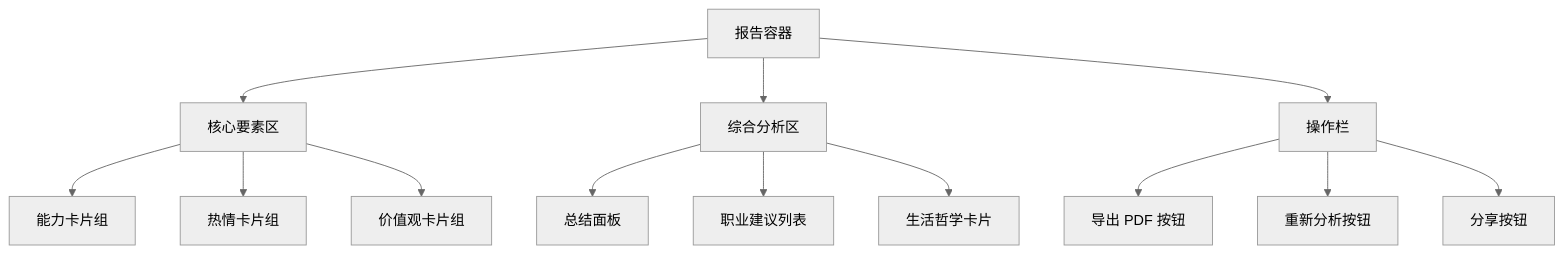
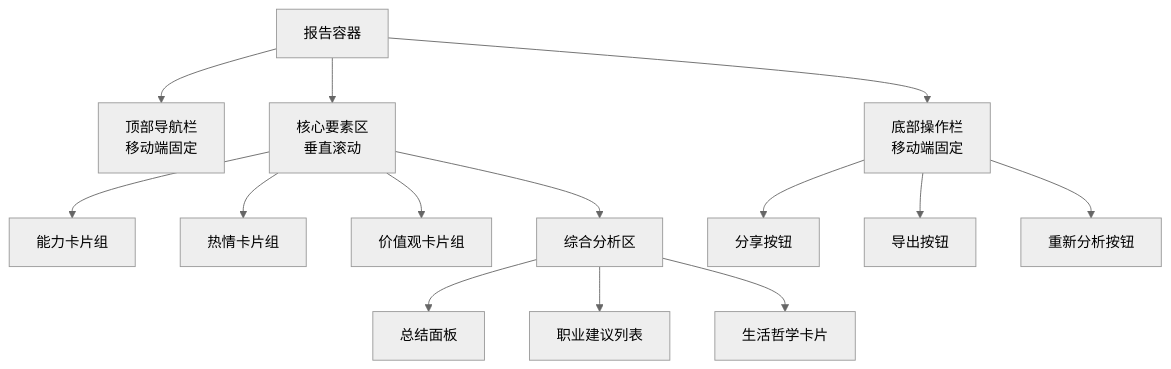
Before and after one commit to xixixiaoyu/person-info: the fourth of 4 diagrams in .qoder/quests/career-planning-analysis.md, drawn with Mermaid (neutral theme). The commit also changed other lines of this file, not shown here.

````diff
--- a/.qoder/quests/career-planning-analysis.md
+++ b/.qoder/quests/career-planning-analysis.md
@@ -218,15 +234,19 @@
 ```mermaid
 graph TD
-    A[报告容器] --> B[核心要素区]
-    A --> C[综合分析区]
-    B --> D[能力卡片组]
-    B --> E[热情卡片组]
-    B --> F[价值观卡片组]
-    C --> G[总结面板]
-    C --> H[职业建议列表]
-    C --> I[生活哲学卡片]
-    A --> J[操作栏]
-    J --> K[导出 PDF 按钮]
-    J --> L[重新分析按钮]
-    J --> M[分享按钮]
+    A[报告容器] --> B[顶部导航栏<br/>移动端固定]
+    A --> C[核心要素区<br/>垂直滚动]
+    A --> D[底部操作栏<br/>移动端固定]
+
+    C --> E[能力卡片组]
+    C --> F[热情卡片组]
+    C --> G[价值观卡片组]
+    C --> H[综合分析区]
+
+    H --> I[总结面板]
+    H --> J[职业建议列表]
+    H --> K[生活哲学卡片]
+
+    D --> L[分享按钮]
+    D --> M[导出按钮]
+    D --> N[重新分析按钮]
 ```
````
